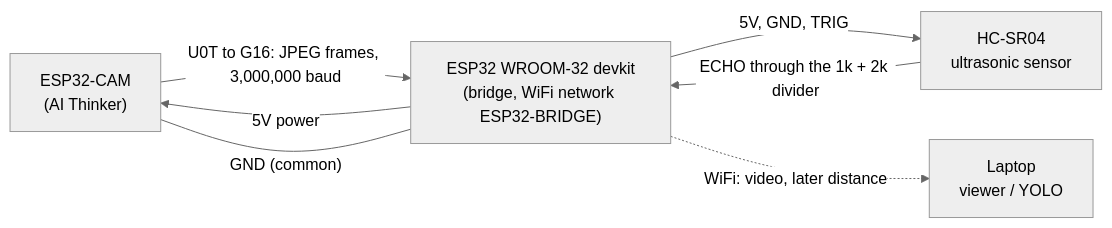
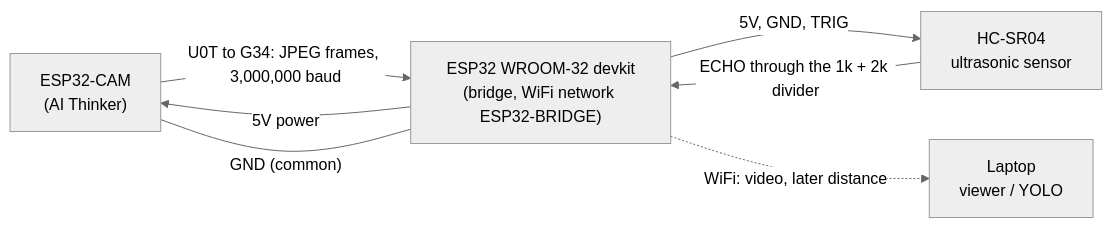
One commit to M-Hasaam/Autonomous-Litter-Collector changed the diagram in ESP_CAM/WifiBridge/WIRING.md. Above: the diagram before and after it, drawn with Mermaid (neutral theme). The commit also changed other lines of this file and 1 other file, not shown here.

````diff
--- a/ESP_CAM/WifiBridge/WIRING.md
+++ b/ESP_CAM/WifiBridge/WIRING.md
@@ -14,13 +14,13 @@
 ```mermaid
 flowchart LR
     CAM["ESP32-CAM<br/>(AI Thinker)"]
     BR["ESP32 WROOM-32 devkit<br/>(bridge, WiFi network ESP32-BRIDGE)"]
     US["HC-SR04<br/>ultrasonic sensor"]
     PC["Laptop<br/>viewer / YOLO"]
-    CAM -- "U0T to G16: JPEG frames, 3,000,000 baud" --> BR
+    CAM -- "U0T to G34: JPEG frames, 3,000,000 baud" --> BR
     BR -- "5V power" --> CAM
     BR -- "GND (common)" --- CAM
     BR -- "5V, GND, TRIG" --> US
     US -- "ECHO through the 1k + 2k divider" --> BR
     BR -. "WiFi: video, later distance" .-> PC
 ```
````
